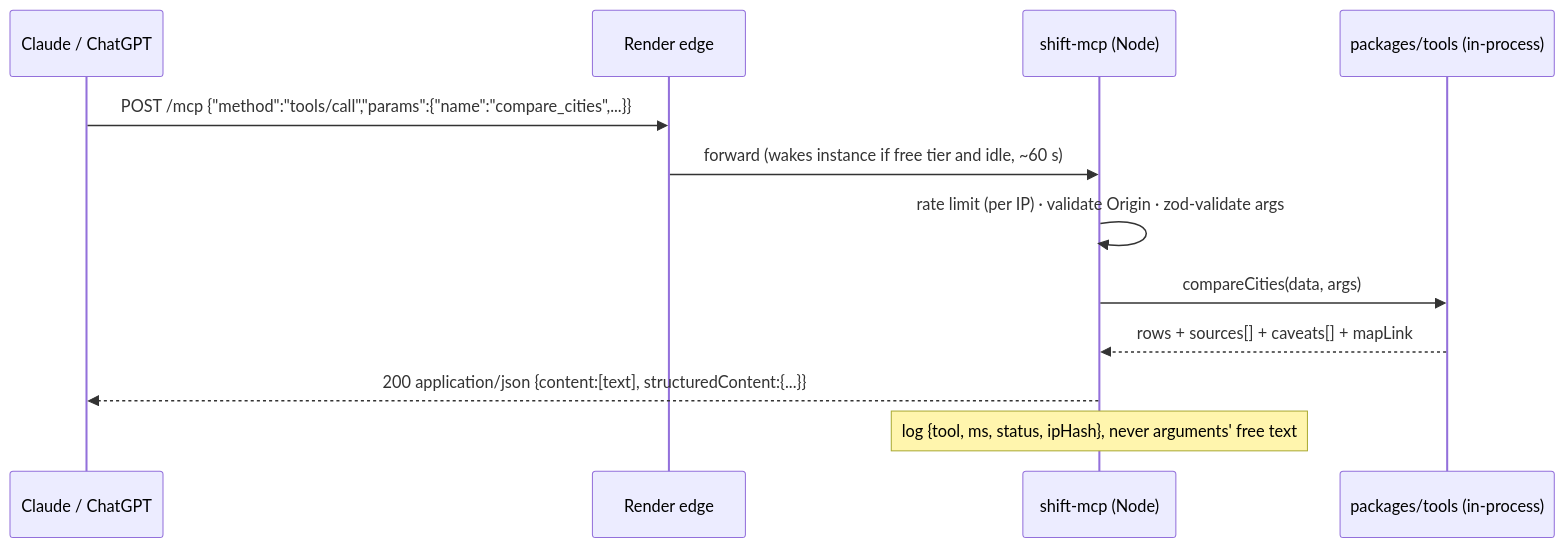
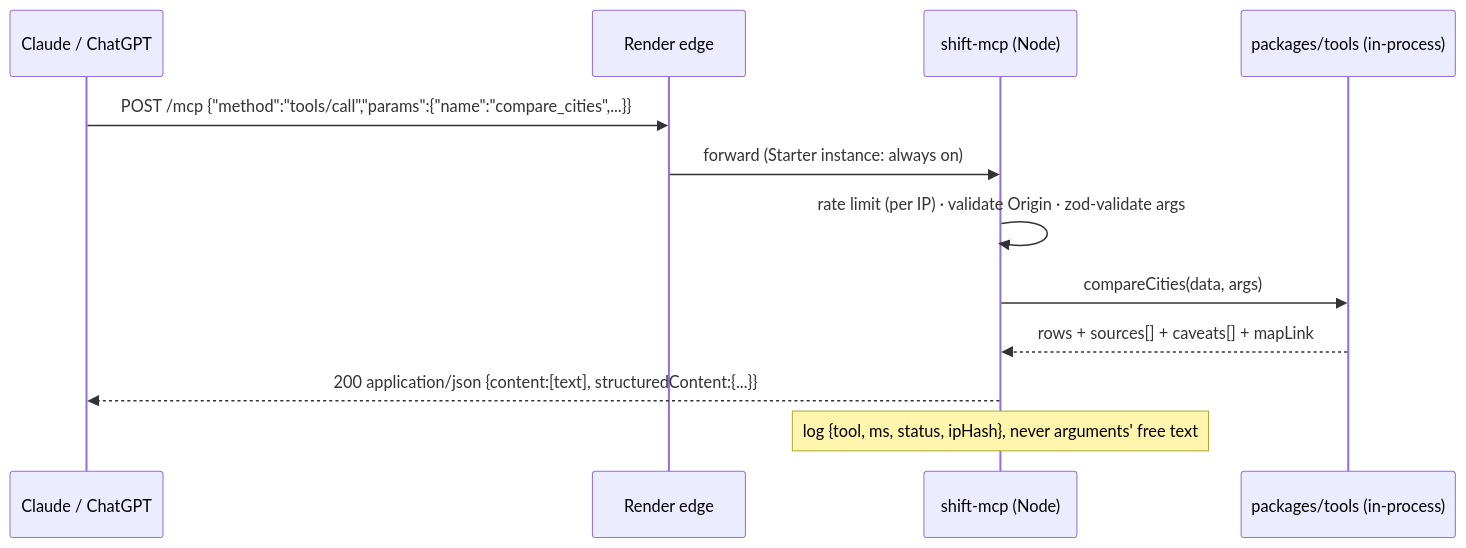
One commit to gv2325/shift-cookbook changed the second of 2 diagrams in docs/architecture/system-design.md. Above: the diagram before and after it, drawn with Mermaid. The commit also changed other lines of this file and 2 other files, not shown here.

First line of the commit message:
Connector is always on (Starter); tell assistants not to browse to /mcp

````diff
--- a/docs/architecture/system-design.md
+++ b/docs/architecture/system-design.md
@@ -127,14 +127,14 @@
 ```mermaid
 sequenceDiagram
   participant A as Claude / ChatGPT
   participant R as Render edge
   participant M as shift-mcp (Node)
   participant T as packages/tools (in-process)
   A->>R: POST /mcp  {"method":"tools/call","params":{"name":"compare_cities",...}}
-  R->>M: forward (wakes instance if free tier and idle, ~60 s)
+  R->>M: forward (Starter instance: always on)
   M->>M: rate limit (per IP) · validate Origin · zod-validate args
   M->>T: compareCities(data, args)
   T-->>M: rows + sources[] + caveats[] + mapLink
   M-->>A: 200 application/json  {content:[text], structuredContent:{...}}
   Note over M: log {tool, ms, status, ipHash}, never arguments' free text
 ```
````
